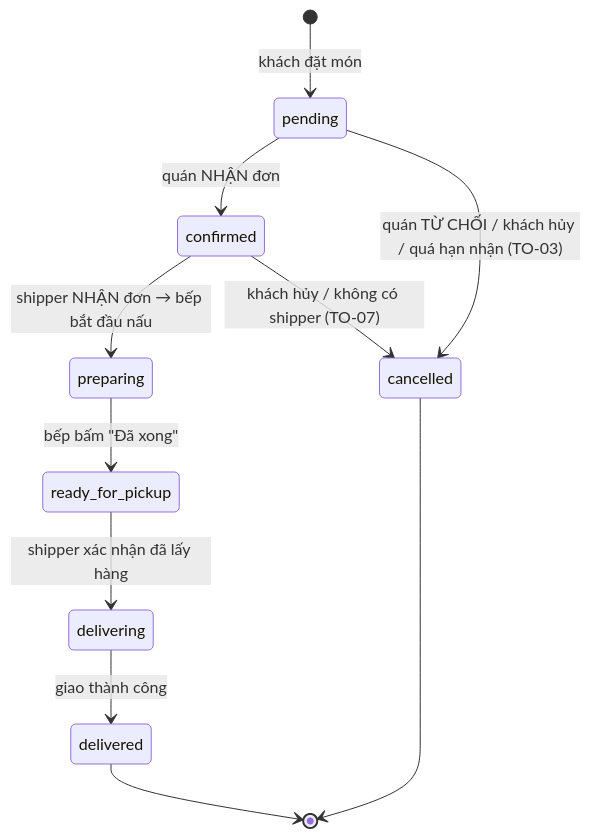
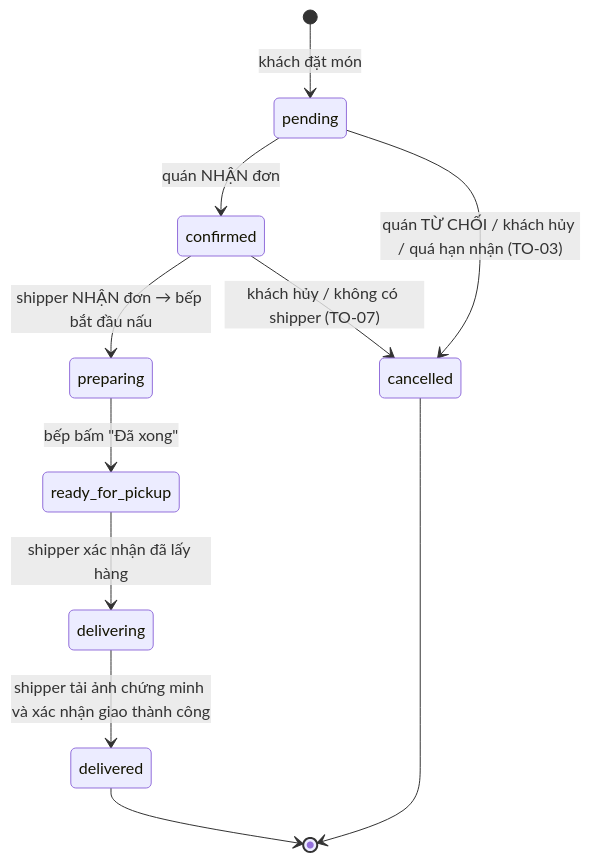
Before and after one commit to boicongnghe/food-delivery-system: the diagram in docs/order-flow.md, drawn with Mermaid. The commit also changed other lines of this file and 18 other files, not shown here.

````diff
--- a/docs/order-flow.md
+++ b/docs/order-flow.md
@@ -11,13 +11,13 @@
 ```mermaid
 stateDiagram-v2
     [*] --> pending : khách đặt món
     pending --> confirmed : quán NHẬN đơn
     pending --> cancelled : quán TỪ CHỐI / khách hủy / quá hạn nhận (TO-03)
     confirmed --> preparing : shipper NHẬN đơn → bếp bắt đầu nấu
     confirmed --> cancelled : khách hủy / không có shipper (TO-07)
     preparing --> ready_for_pickup : bếp bấm "Đã xong"
     ready_for_pickup --> delivering : shipper xác nhận đã lấy hàng
-    delivering --> delivered : giao thành công
+    delivering --> delivered : shipper tải ảnh chứng minh và xác nhận giao thành công
     delivered --> [*]
     cancelled --> [*]
 ```
````
